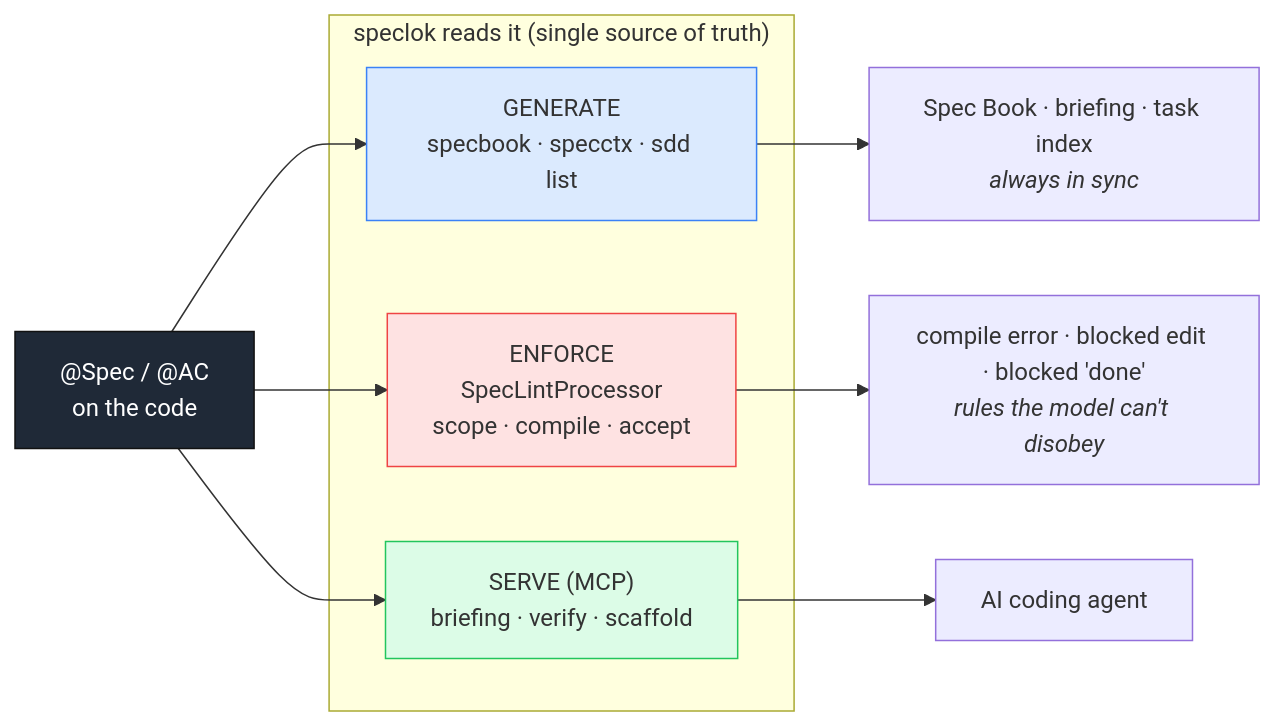
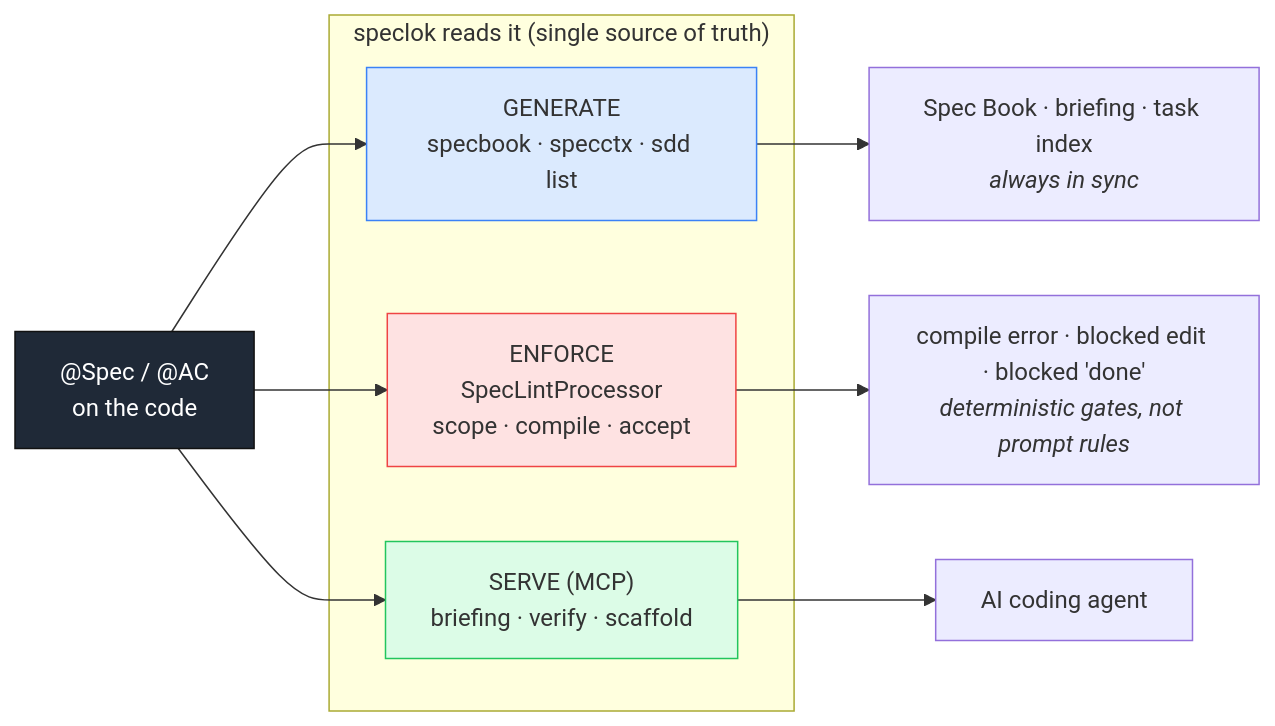
Before and after one commit to Cherobin/speclok: the first of 2 diagrams in README.md, drawn with Mermaid. The commit also changed other lines of this file and 3 other files, not shown here.

````diff
--- a/README.md
+++ b/README.md
@@ -178,20 +179,20 @@
 ```mermaid
 flowchart LR
     SRC["@Spec / @AC<br/>on the code"]:::src
 
     subgraph L["speclok reads it (single source of truth)"]
       GEN["GENERATE<br/>specbook · specctx · sdd list"]:::gen
       ENF["ENFORCE<br/>SpecLintProcessor<br/>scope · compile · accept"]:::enf
       MCP["SERVE (MCP)<br/>briefing · verify · scaffold"]:::mcp
     end
 
     SRC --> GEN & ENF & MCP
     GEN --> D["Spec Book · briefing · task index<br/><i>always in sync</i>"]
-    ENF --> B["compile error · blocked edit · blocked 'done'<br/><i>rules the model can't disobey</i>"]
+    ENF --> B["compile error · blocked edit · blocked 'done'<br/><i>deterministic gates, not prompt rules</i>"]
     MCP --> A["AI coding agent"]
 
     classDef src fill:#1f2937,color:#fff,stroke:#111;
     classDef gen fill:#dbeafe,stroke:#3b82f6;
     classDef enf fill:#fee2e2,stroke:#ef4444;
     classDef mcp fill:#dcfce7,stroke:#22c55e;
 ```
````
